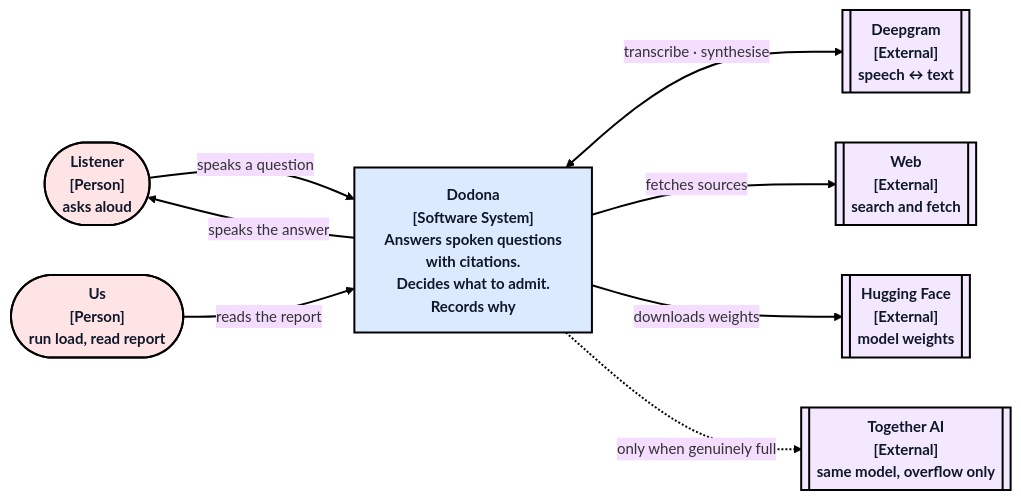
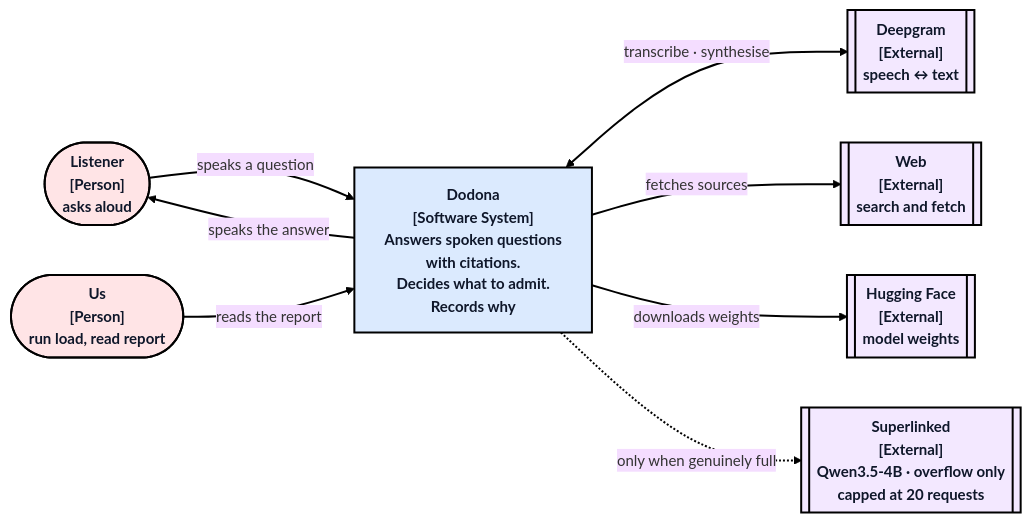
The first of 3 diagrams in PROJECT.md (harshuljain13/Dodona), drawn with Mermaid before and after one commit. The commit also changed 106 other files, not shown here.

First line of the commit message:
feat: port the class-10 control plane, Dodona skills, Superlinked overflow

````diff
--- a/PROJECT.md
+++ b/PROJECT.md
@@ -126,29 +126,29 @@
 ```mermaid
 %%{init: {'theme':'base','themeVariables':{'fontFamily':'Inter, Segoe UI, Helvetica Neue, Arial, sans-serif','fontSize':'15px','lineColor':'#000000','clusterBkg':'#ffffff','clusterBorder':'#94a3b8'}}}%%
 flowchart LR
   USER(["Listener<br/>[Person]<br/>asks aloud"])
   OPERATOR(["Us<br/>[Person]<br/>run load, read report"])
 
   SYS["<b>Dodona</b><br/>[Software System]<br/>Answers spoken questions<br/>with citations.<br/>Decides what to admit.<br/>Records why"]
 
   DG[["Deepgram<br/>[External]<br/>speech ↔ text"]]
   WEB[["Web<br/>[External]<br/>search and fetch"]]
   HF[["Hugging Face<br/>[External]<br/>model weights"]]
-  OVF[["Together AI<br/>[External]<br/>same model, overflow only"]]
+  OVF[["Superlinked<br/>[External]<br/>Qwen3.5-4B · overflow only<br/>capped at 20 requests"]]
 
   USER -->|"speaks a question"| SYS
   SYS -->|"speaks the answer"| USER
   OPERATOR -->|"reads the report"| SYS
   SYS <-->|"transcribe · synthesise"| DG
   SYS -->|"fetches sources"| WEB
   SYS -->|"downloads weights"| HF
   SYS -.->|"only when genuinely full"| OVF
 
   class USER,OPERATOR input
   class SYS primary
   class DG,WEB,HF,OVF accent
   classDef primary fill:#dbeafe,stroke:#000000,stroke-width:2px,color:#0f172a,font-weight:bold
   classDef accent fill:#f3e8ff,stroke:#000000,stroke-width:2px,color:#0f172a,font-weight:bold
   classDef input fill:#ffe4e6,stroke:#000000,stroke-width:2px,color:#0f172a,font-weight:bold
   linkStyle default stroke:#000000,stroke-width:2px
 ```
````
